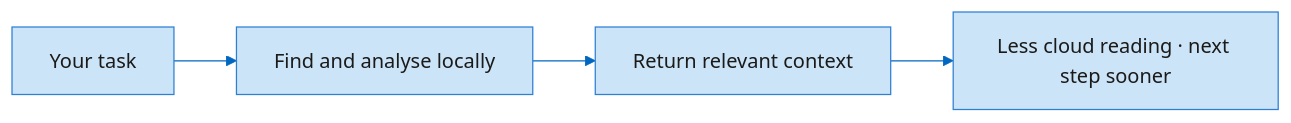
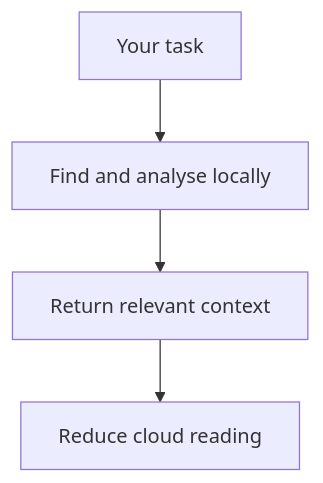
Before and after one commit to MrAliev/local-ai-toolkit: the diagram in docs/wiki/Home.md, drawn with Mermaid. The commit also changed other lines of this file and 30 other files, not shown here.

````diff
--- a/docs/wiki/Home.md
+++ b/docs/wiki/Home.md
@@ -16,17 +17,6 @@
 ```mermaid
----
-config:
-  theme: base
-  themeVariables:
-    primaryColor: "#CCE4F7"
-    primaryTextColor: "#1A1A1A"
-    primaryBorderColor: "#2D7FD3"
-    lineColor: "#0067C0"
-    secondaryColor: "#FAFAFA"
-    tertiaryColor: "#F3F3F3"
----
-flowchart LR
+flowchart TB
   intent["Your task"] --> context["Find and analyse locally"]
   context --> evidence["Return relevant context"]
-  evidence --> decision["Less cloud reading · next step sooner"]
+  evidence --> decision["Reduce cloud reading"]
 ```
````
